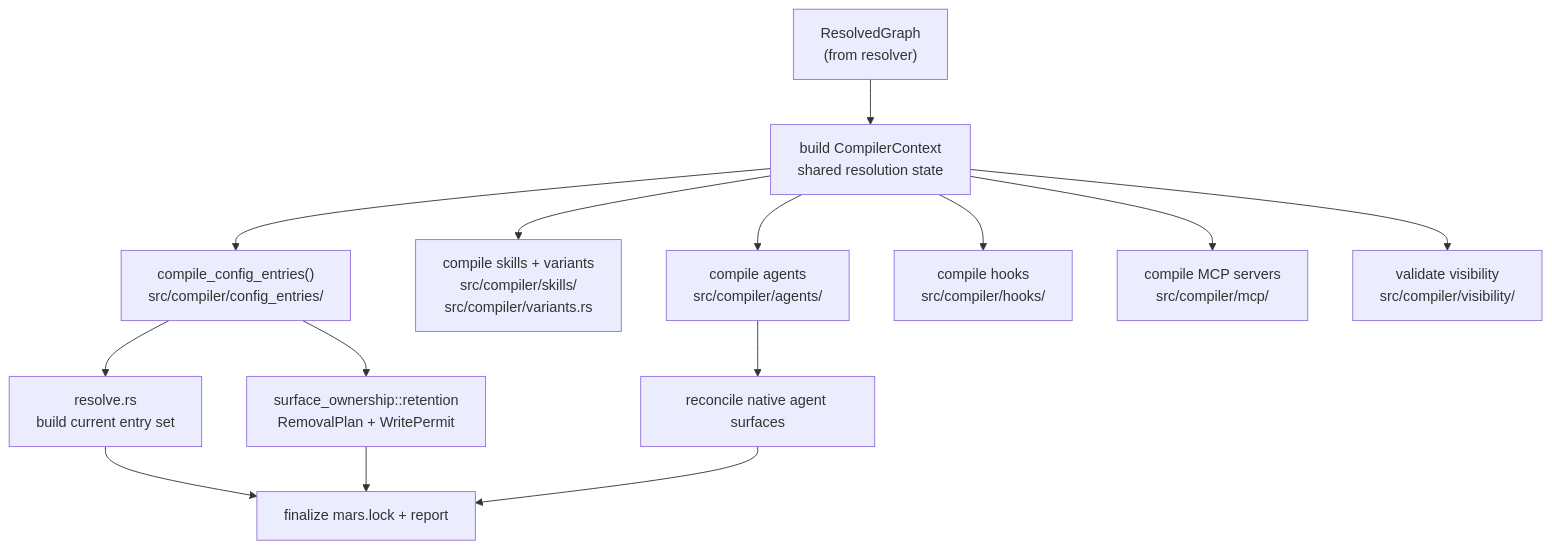
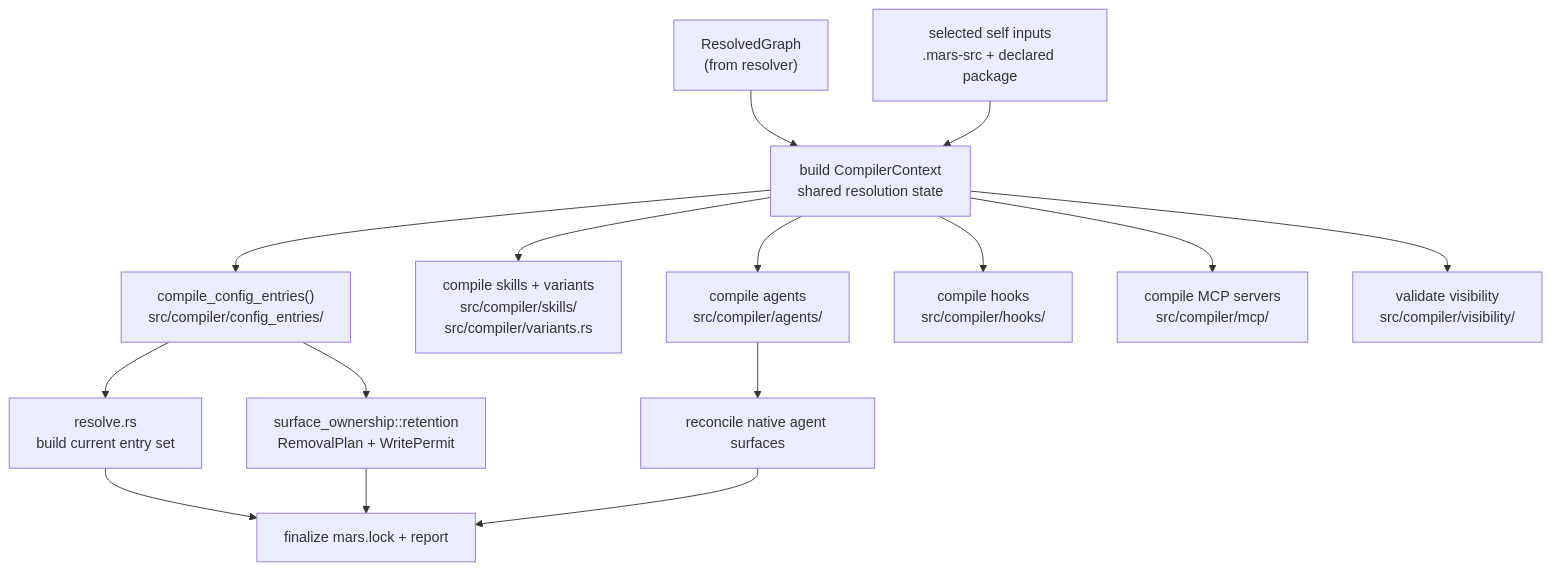
Before and after one commit to haowjy/meridian-cli-kb: the diagram in kb/concepts/package-management/compiler-pipeline.md, drawn with Mermaid. The commit also changed other lines of this file and 2 other files, not shown here.

````diff
--- a/kb/concepts/package-management/compiler-pipeline.md
+++ b/kb/concepts/package-management/compiler-pipeline.md
@@ -10,29 +10,31 @@
 ```mermaid
 graph TD
     GRAPH["ResolvedGraph\n(from resolver)"]
+    SELF["selected self inputs\n.mars-src + declared package"]
     CTX["build CompilerContext\nshared resolution state"]
     AGENTS["compile agents\nsrc/compiler/agents/"]
     SKILLS["compile skills + variants\nsrc/compiler/skills/\nsrc/compiler/variants.rs"]
     CE["compile_config_entries()\nsrc/compiler/config_entries/"]
     CE_RESOLVE["resolve.rs\nbuild current entry set"]
     RETAIN["surface_ownership::retention\nRemovalPlan + WritePermit"]
     HOOKS["compile hooks\nsrc/compiler/hooks/"]
     MCP["compile MCP servers\nsrc/compiler/mcp/"]
     VIS["validate visibility\nsrc/compiler/visibility/"]
     NATIVE["reconcile native agent surfaces"]
     LOCK["finalize mars.lock + report"]
 
     GRAPH --> CTX
+    SELF --> CTX
     CTX --> AGENTS
     CTX --> SKILLS
     CTX --> CE
     CE --> CE_RESOLVE
     CE --> RETAIN
     CTX --> HOOKS
     CTX --> MCP
     CTX --> VIS
     AGENTS --> NATIVE
     CE_RESOLVE --> LOCK
     RETAIN --> LOCK
     NATIVE --> LOCK
 ```
````
